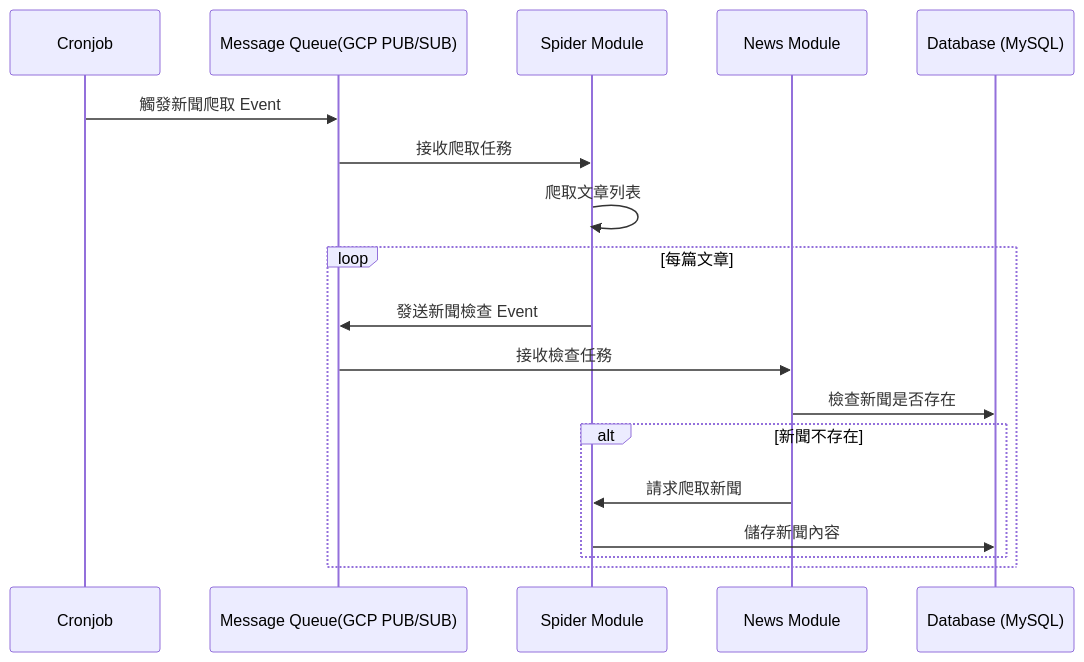
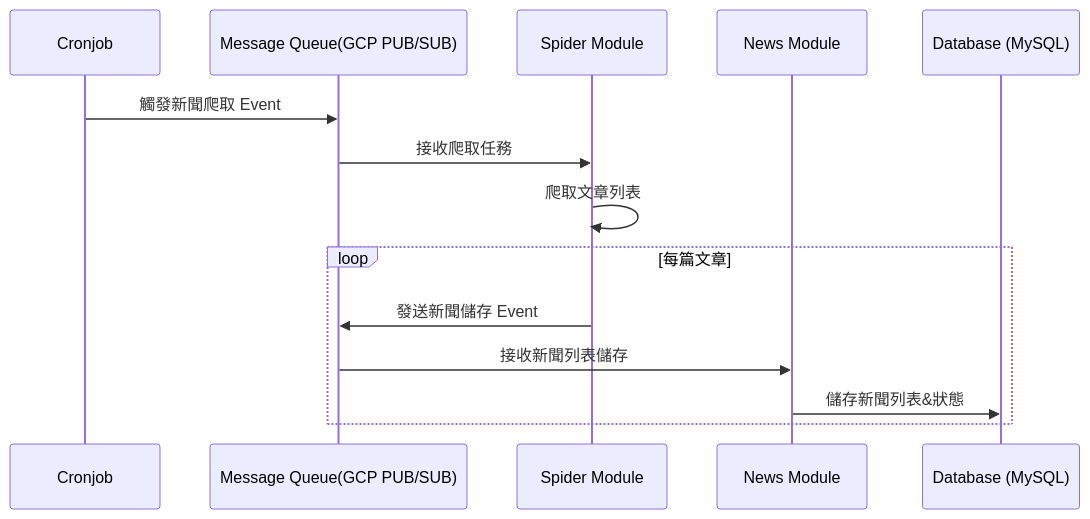
The diagram in README.md (itmrchow/tw-media-analytics-service), drawn with Mermaid before and after one commit. The commit also changed other lines of this file and 6 other files, not shown here.

````diff
--- a/README.md
+++ b/README.md
@@ -50,21 +50,17 @@
 ```mermaid
 sequenceDiagram
     participant Cron as Cronjob
     participant MQ as Message Queue(GCP PUB/SUB)
     participant Spider as Spider Module
     participant News as News Module
     participant DB as Database (MySQL)
     
     Cron->>MQ: 觸發新聞爬取 Event
     MQ->>Spider: 接收爬取任務
     Spider->>Spider: 爬取文章列表
     loop 每篇文章
-        Spider->>MQ: 發送新聞檢查 Event
-        MQ->>News: 接收檢查任務
-        News->>DB: 檢查新聞是否存在
-        alt 新聞不存在
-            News->>Spider: 請求爬取新聞
-            Spider->>DB: 儲存新聞內容
-        end
+        Spider->>MQ: 發送新聞儲存 Event
+        MQ->>News: 接收新聞列表儲存
+        News->>DB: 儲存新聞列表&狀態
     end
 ```
````
